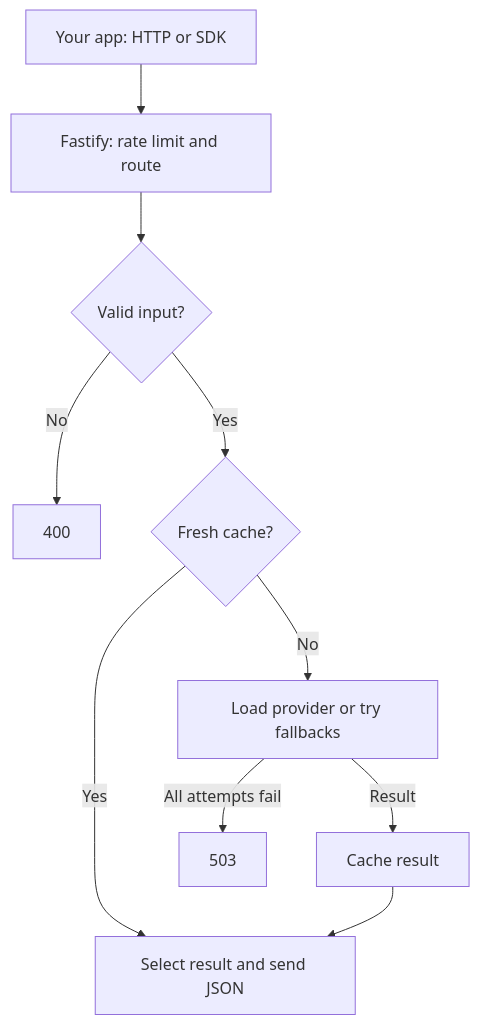
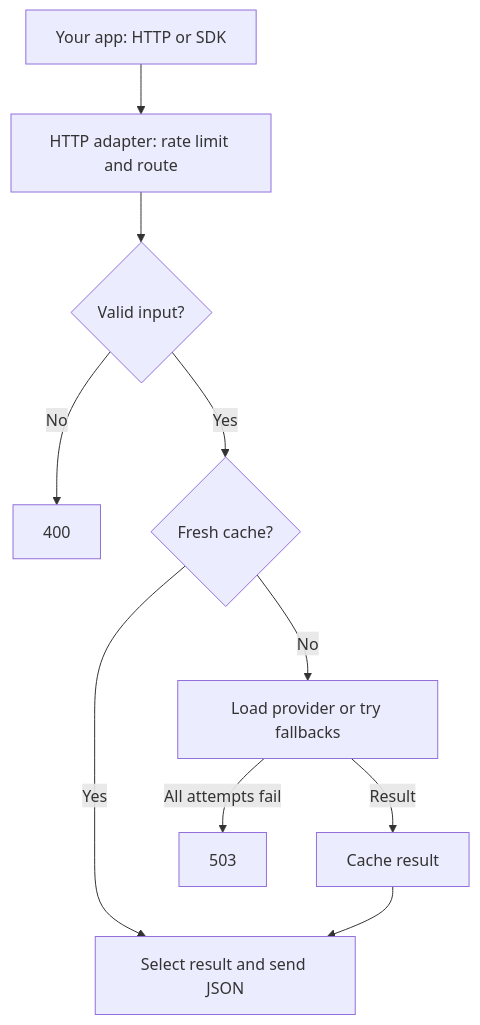
Before and after one commit to BonyanOSS/docs: the diagram in locales/en/concepts/architecture.mdx, drawn with Mermaid. The commit also changed other lines of this file and 121 other files, not shown here.

````diff
--- a/locales/en/concepts/architecture.mdx
+++ b/locales/en/concepts/architecture.mdx
@@ -10,12 +10,12 @@
 ```mermaid
 flowchart TD
-    A["Your app: HTTP or SDK"] --> B["Fastify: rate limit and route"]
+    A["Your app: HTTP or SDK"] --> B["HTTP adapter: rate limit and route"]
     B --> C{"Valid input?"}
     C -->|No| X["400"]
     C -->|Yes| D{"Fresh cache?"}
     D -->|Yes| R["Select result and send JSON"]
     D -->|No| P["Load provider or try fallbacks"]
     P -->|Result| S["Cache result"]
     S --> R
     P -->|All attempts fail| E["503"]
 ```
````
